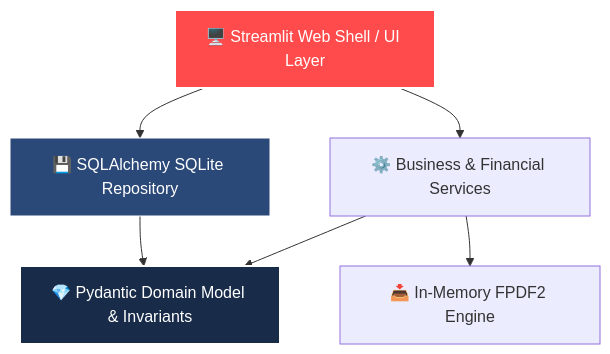
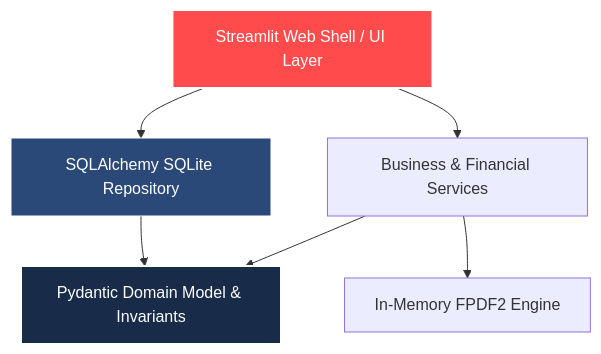
One commit to Nain9Dev/NainDrive changed the diagram in README.md. Above: the diagram before and after it, drawn with Mermaid. The commit also changed other lines of this file, not shown here.

````diff
--- a/README.md
+++ b/README.md
@@ -26,12 +26,12 @@
 ```mermaid
 graph TD
-    UI[🖥️ Streamlit Web Shell / UI Layer] --> SVC[⚙️ Business & Financial Services]
-    UI --> REPO[💾 SQLAlchemy SQLite Repository]
-    SVC --> DOM[💎 Pydantic Domain Model & Invariants]
+    UI[Streamlit Web Shell / UI Layer] --> SVC[Business & Financial Services]
+    UI --> REPO[SQLAlchemy SQLite Repository]
+    SVC --> DOM[Pydantic Domain Model & Invariants]
     REPO --> DOM
-    SVC --> PDF[📥 In-Memory FPDF2 Engine]
+    SVC --> PDF[In-Memory FPDF2 Engine]
 
     style DOM fill:#182B49,stroke:#fff,stroke-width:2px,color:#fff
     style UI fill:#FF4B4B,stroke:#fff,stroke-width:2px,color:#fff
     style REPO fill:#2A4878,stroke:#fff,color:#fff
 ```
````
